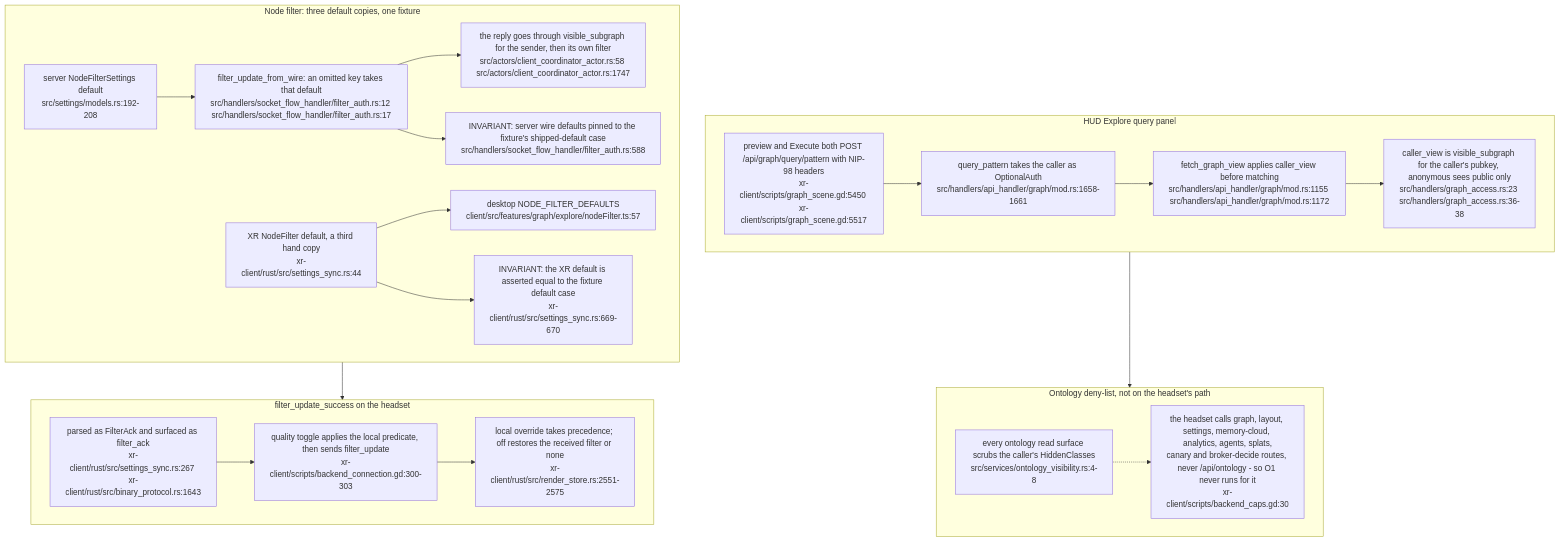
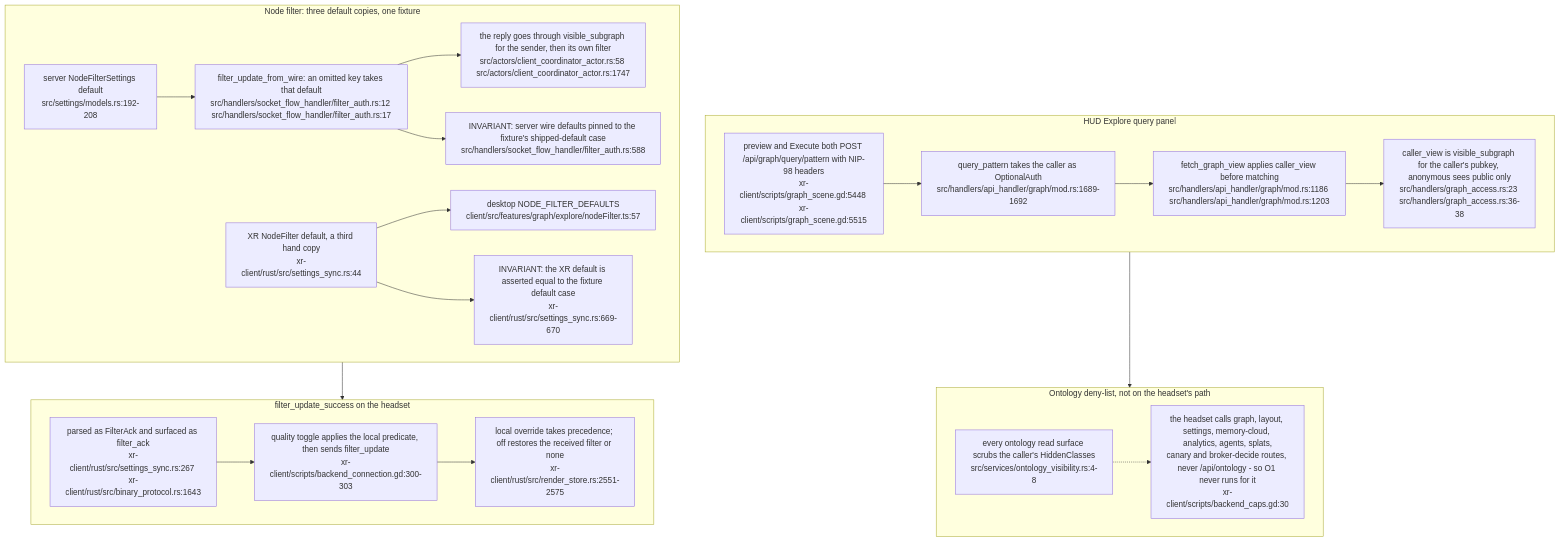
Diagram 30 of 30 in docs/diagrams/visionclaw/36-godot-xr-client.md (DreamLab-AI/VisionFlow), drawn with Mermaid before and after one commit. The commit also changed other lines of this file and 7 other files, not shown here.

First line of the commit message:
diagrams(visionclaw): re-verify VC-34 to VC-40 and VC-42 at visionclaw 4900ec6, agentbox 59b1aca

````diff
--- a/docs/diagrams/visionclaw/36-godot-xr-client.md
+++ b/docs/diagrams/visionclaw/36-godot-xr-client.md
@@ -1450,37 +1450,37 @@
 ```mermaid
 flowchart TB
     subgraph query["HUD Explore query panel"]
-        Q1["preview and Execute both POST /api/graph/query/pattern with NIP-98 headers<br/>xr-client/scripts/graph_scene.gd:5450 xr-client/scripts/graph_scene.gd:5517"]
-        Q2["query_pattern takes the caller as OptionalAuth<br/>src/handlers/api_handler/graph/mod.rs:1658-1661"]
-        Q3["fetch_graph_view applies caller_view before matching<br/>src/handlers/api_handler/graph/mod.rs:1155 src/handlers/api_handler/graph/mod.rs:1172"]
+        Q1["preview and Execute both POST /api/graph/query/pattern with NIP-98 headers<br/>xr-client/scripts/graph_scene.gd:5448 xr-client/scripts/graph_scene.gd:5515"]
+        Q2["query_pattern takes the caller as OptionalAuth<br/>src/handlers/api_handler/graph/mod.rs:1689-1692"]
+        Q3["fetch_graph_view applies caller_view before matching<br/>src/handlers/api_handler/graph/mod.rs:1186 src/handlers/api_handler/graph/mod.rs:1203"]
         Q4["caller_view is visible_subgraph for the caller's pubkey, anonymous sees public only<br/>src/handlers/graph_access.rs:23 src/handlers/graph_access.rs:36-38"]
         Q1 --> Q2 --> Q3 --> Q4
     end
     subgraph onto["Ontology deny-list, not on the headset's path"]
         O1["every ontology read surface scrubs the caller's HiddenClasses<br/>src/services/ontology_visibility.rs:4-8"]
         O2["the headset calls graph, layout, settings, memory-cloud, analytics, agents, splats,<br/>canary and broker-decide routes, never /api/ontology - so O1 never runs for it<br/>xr-client/scripts/backend_caps.gd:30"]
         O1 -.-> O2
     end
     subgraph filt["Node filter: three default copies, one fixture"]
         F1["server NodeFilterSettings default<br/>src/settings/models.rs:192-208"]
         F2["filter_update_from_wire: an omitted key takes that default<br/>src/handlers/socket_flow_handler/filter_auth.rs:12 src/handlers/socket_flow_handler/filter_auth.rs:17"]
         F3["the reply goes through visible_subgraph for the sender, then its own filter<br/>src/actors/client_coordinator_actor.rs:58 src/actors/client_coordinator_actor.rs:1747"]
         F4["XR NodeFilter default, a third hand copy<br/>xr-client/rust/src/settings_sync.rs:44"]
         F7["INVARIANT: the XR default is asserted equal to the fixture default case<br/>xr-client/rust/src/settings_sync.rs:669-670"]
         F5["desktop NODE_FILTER_DEFAULTS<br/>client/src/features/graph/explore/nodeFilter.ts:57"]
         F6["INVARIANT: server wire defaults pinned to the fixture's shipped-default case<br/>src/handlers/socket_flow_handler/filter_auth.rs:588"]
         F1 --> F2 --> F3
         F2 --> F6
         F4 --> F5
         F4 --> F7
     end
     subgraph ack["filter_update_success on the headset"]
         A1["parsed as FilterAck and surfaced as filter_ack<br/>xr-client/rust/src/settings_sync.rs:267 xr-client/rust/src/binary_protocol.rs:1643"]
         A2["quality toggle applies the local predicate, then sends filter_update<br/>xr-client/scripts/backend_connection.gd:300-303"]
         A3["local override takes precedence; off restores the received filter or none<br/>xr-client/rust/src/render_store.rs:2551-2575"]
         A2 --> A3
         A1 --> A2
     end
     query --> onto
     filt --> ack
 ```
````
